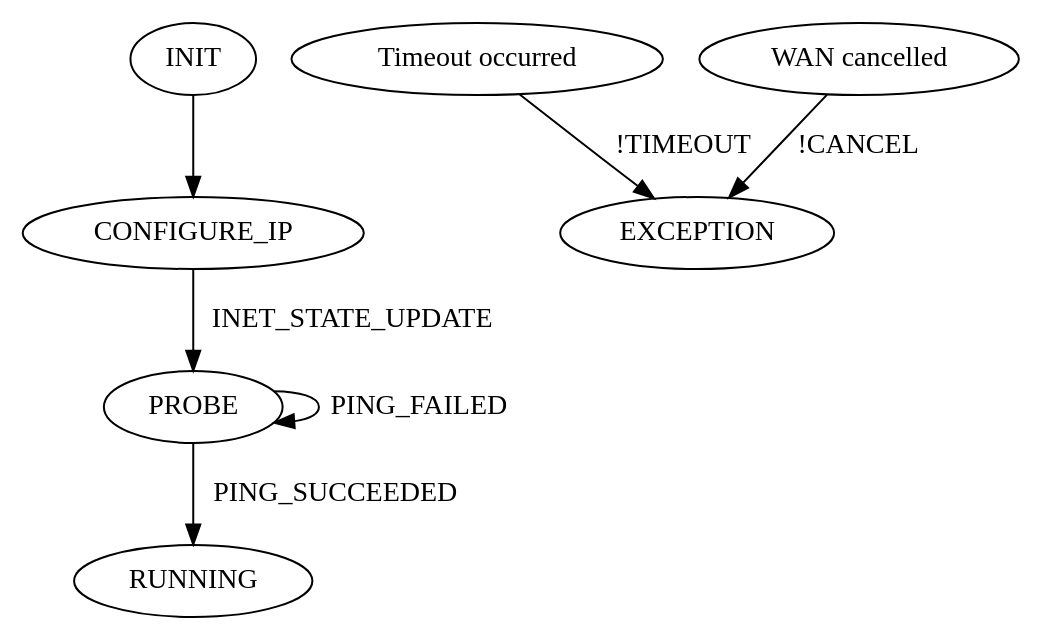
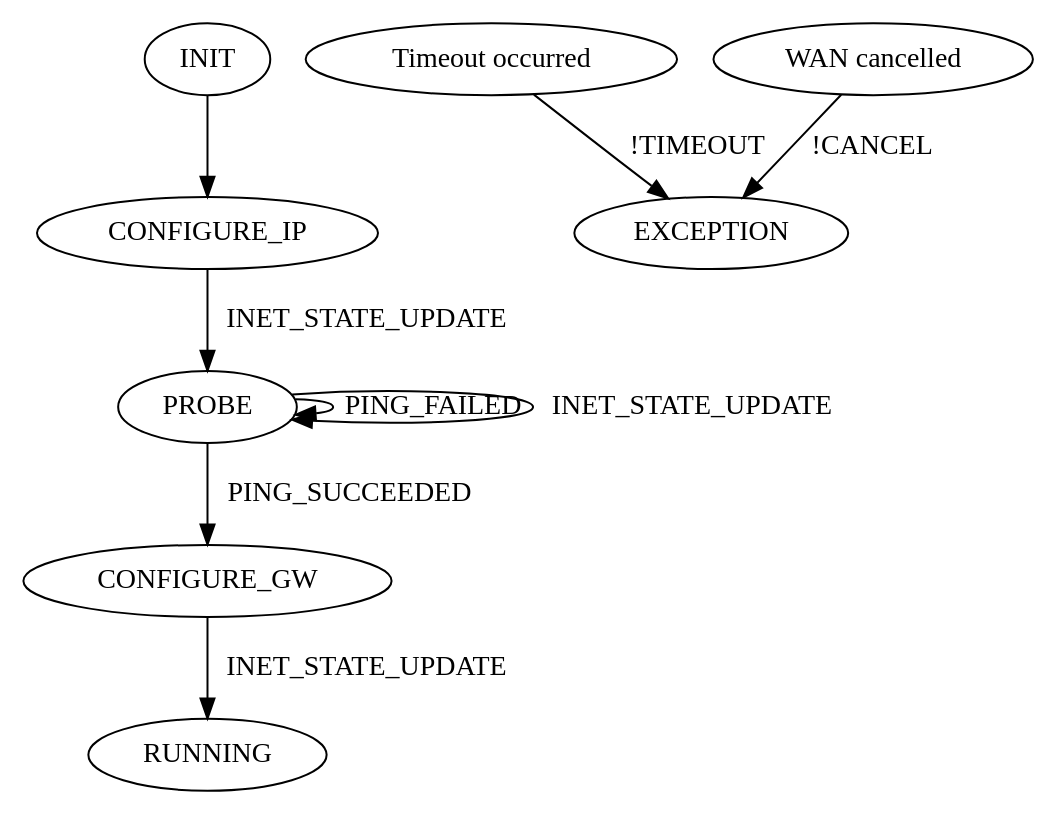
One commit to plume-design/opensync changed the diagram in src/wano/src/wanp_static_ipv4.dot. Above: the diagram before and after it, drawn with Graphviz. The commit also changed 107 other files, not shown here.

```diff
--- a/src/wano/src/wanp_static_ipv4.dot
+++ b/src/wano/src/wanp_static_ipv4.dot
@@ -1,13 +1,15 @@
 digraph {
     INIT[init=true];
     INIT -> CONFIGURE_IP;
     CONFIGURE_IP -> PROBE [label="INET_STATE_UPDATE"];
     PROBE -> PROBE [label="PING_FAILED"];
-    PROBE -> RUNNING [label="PING_SUCCEEDED"];
+    PROBE -> PROBE [label="INET_STATE_UPDATE"];
+    PROBE -> CONFIGURE_GW [label="PING_SUCCEEDED"];
+    CONFIGURE_GW -> RUNNING [label="INET_STATE_UPDATE"];
 
     TIMEOUT_EX[label="Timeout occurred"];
     CANCEL_EX[label="WAN cancelled"];
 
     TIMEOUT_EX -> EXCEPTION [label="!TIMEOUT"];
     CANCEL_EX -> EXCEPTION [label="!CANCEL"];
 }
```
